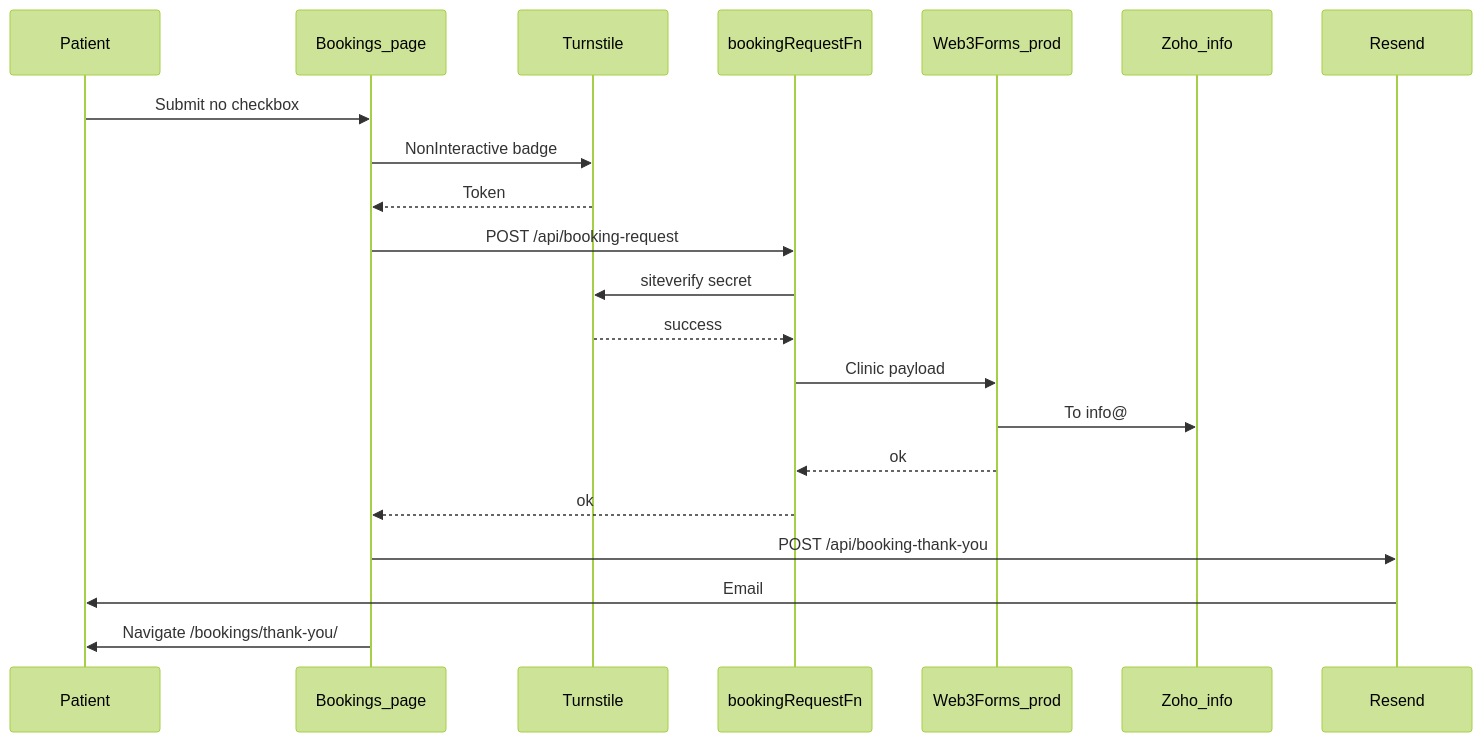
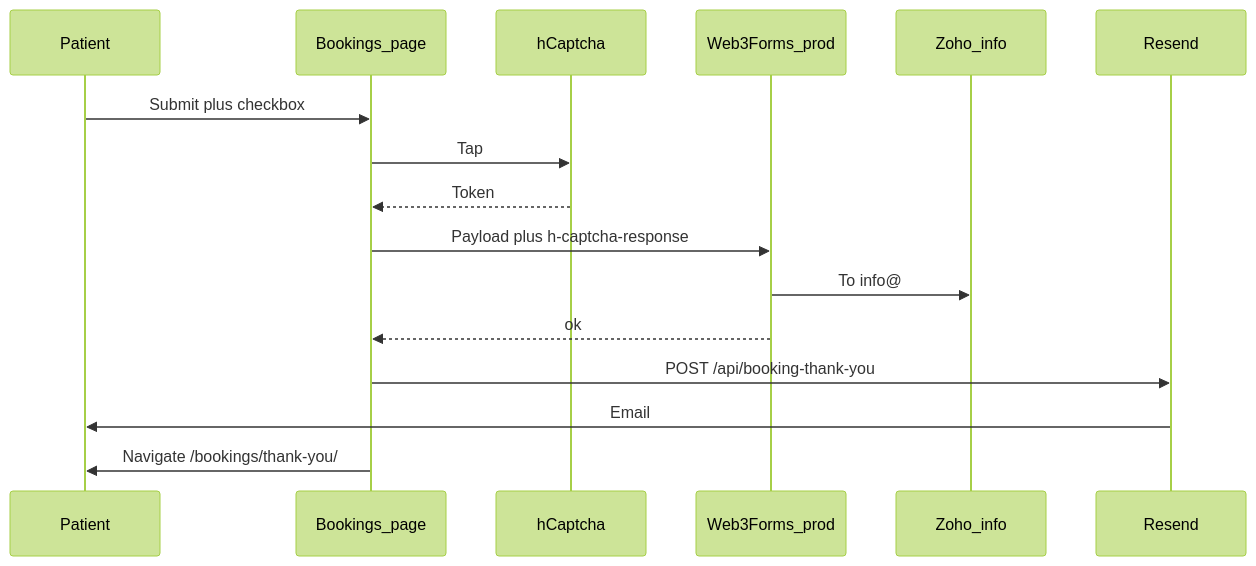
The third of 5 diagrams in docs/GO_LIVE_ARCHITECTURE.md (hbacalso1229/wellness-needles), drawn with Mermaid (forest theme) before and after one commit. The commit also changed other lines of this file and 11 other files, not shown here.

````diff
--- a/docs/GO_LIVE_ARCHITECTURE.md
+++ b/docs/GO_LIVE_ARCHITECTURE.md
@@ -142,23 +141,18 @@
 ```mermaid
 sequenceDiagram
   participant P as Patient
   participant S as Bookings_page
-  participant TS as Turnstile
-  participant Fn as bookingRequestFn
+  participant H as hCaptcha
   participant W as Web3Forms_prod
   participant Z as Zoho_info
   participant R as Resend
-  P->>S: Submit no checkbox
-  S->>TS: NonInteractive badge
-  TS-->>S: Token
-  S->>Fn: POST /api/booking-request
-  Fn->>TS: siteverify secret
-  TS-->>Fn: success
-  Fn->>W: Clinic payload
+  P->>S: Submit plus checkbox
+  S->>H: Tap
+  H-->>S: Token
+  S->>W: Payload plus h-captcha-response
   W->>Z: To info@
-  W-->>Fn: ok
-  Fn-->>S: ok
+  W-->>S: ok
   S->>R: POST /api/booking-thank-you
   R->>P: Email
   S->>P: Navigate /bookings/thank-you/
 ```
````
